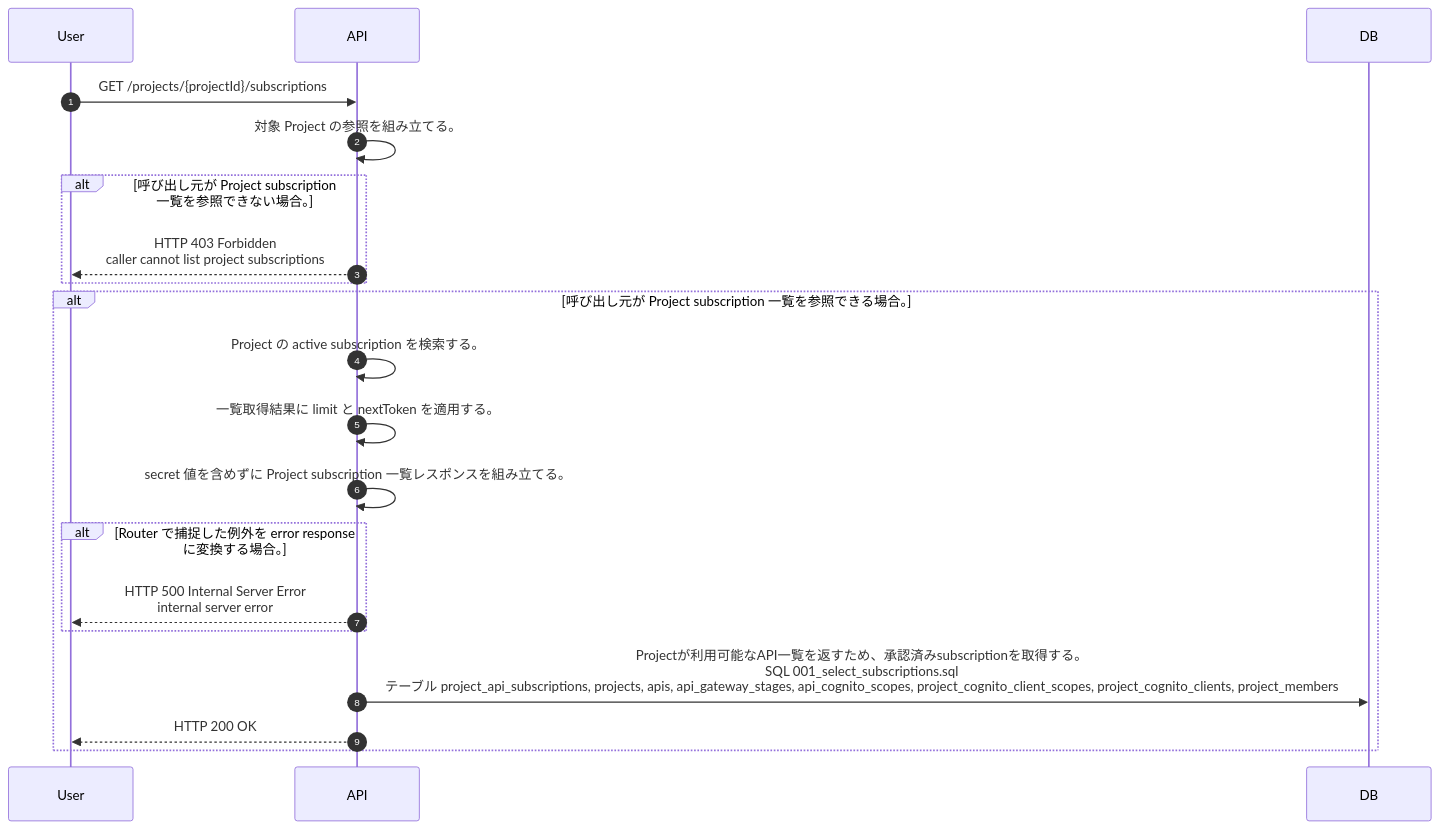
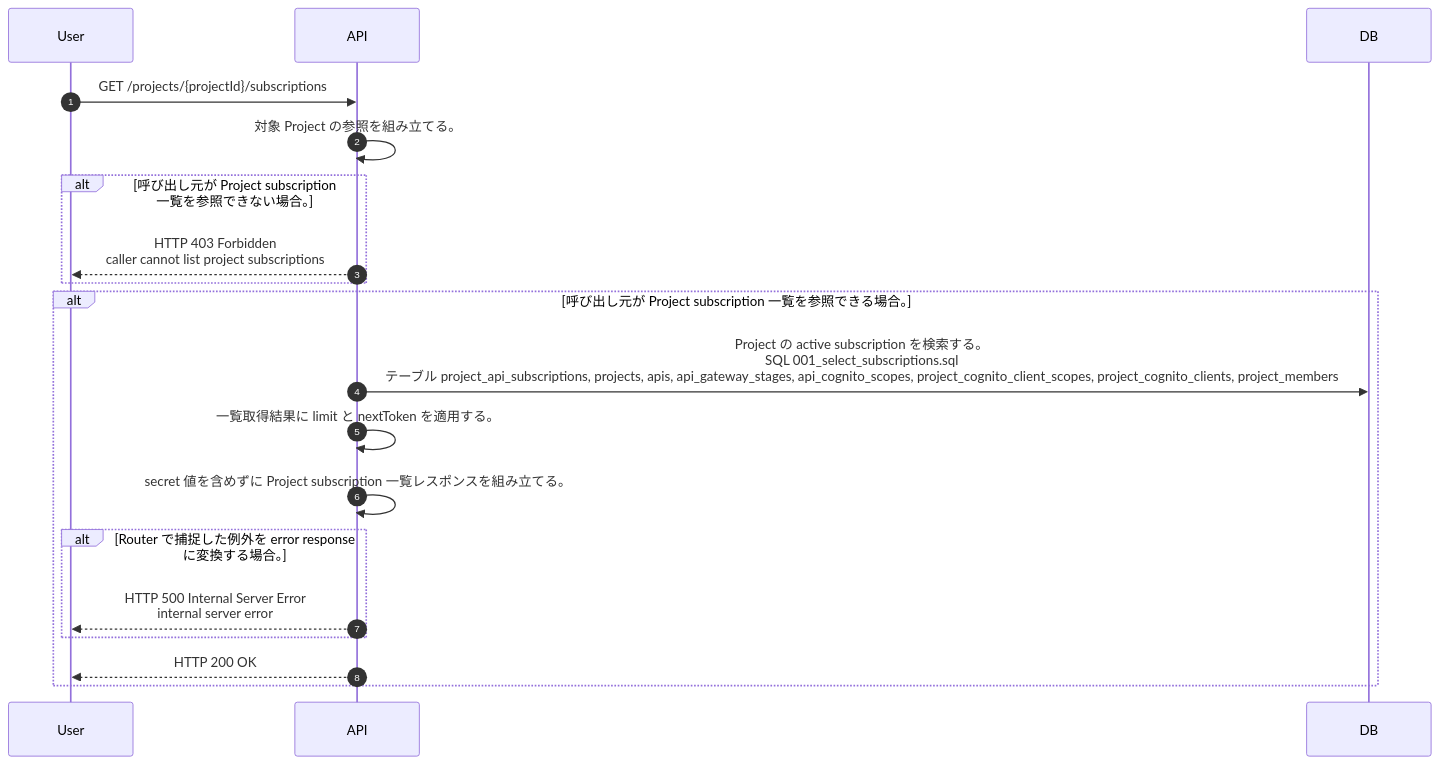
The diagram in docs/spec/40.apis/projects/list_project_subscriptions/sequence_gen.md (tsuji-tomonori/lazunex), drawn with Mermaid before and after one commit. The commit also changed 14 other files, not shown here.

````diff
--- a/docs/spec/40.apis/projects/list_project_subscriptions/sequence_gen.md
+++ b/docs/spec/40.apis/projects/list_project_subscriptions/sequence_gen.md
@@ -5,22 +5,21 @@
 ```mermaid
 sequenceDiagram
   autonumber
   participant User as User
   participant API as API
   participant DB as DB
   User->>API: GET /projects/{projectId}/subscriptions
   API->>API: 対象 Project の参照を組み立てる。
   alt 呼び出し元が Project subscription 一覧を参照できない場合。
     API-->>User: HTTP 403 Forbidden<br/>caller cannot list project subscriptions
   end
   alt 呼び出し元が Project subscription 一覧を参照できる場合。
-    API->>API: Project の active subscription を検索する。
+    API->>DB: Project の active subscription を検索する。<br/>SQL 001_select_subscriptions.sql<br/>テーブル project_api_subscriptions, projects, apis, api_gateway_stages, api_cognito_scopes, project_cognito_client_scopes, project_cognito_clients, project_members
     API->>API: 一覧取得結果に limit と nextToken を適用する。
     API->>API: secret 値を含めずに Project subscription 一覧レスポンスを組み立てる。
     alt Router で捕捉した例外を error response に変換する場合。
       API-->>User: HTTP 500 Internal Server Error<br/>internal server error
     end
-    API->>DB: Projectが利用可能なAPI一覧を返すため、承認済みsubscriptionを取得する。<br/>SQL 001_select_subscriptions.sql<br/>テーブル project_api_subscriptions, projects, apis, api_gateway_stages, api_cognito_scopes, project_cognito_client_scopes, project_cognito_clients, project_members
     API-->>User: HTTP 200 OK
   end
 ```
````
